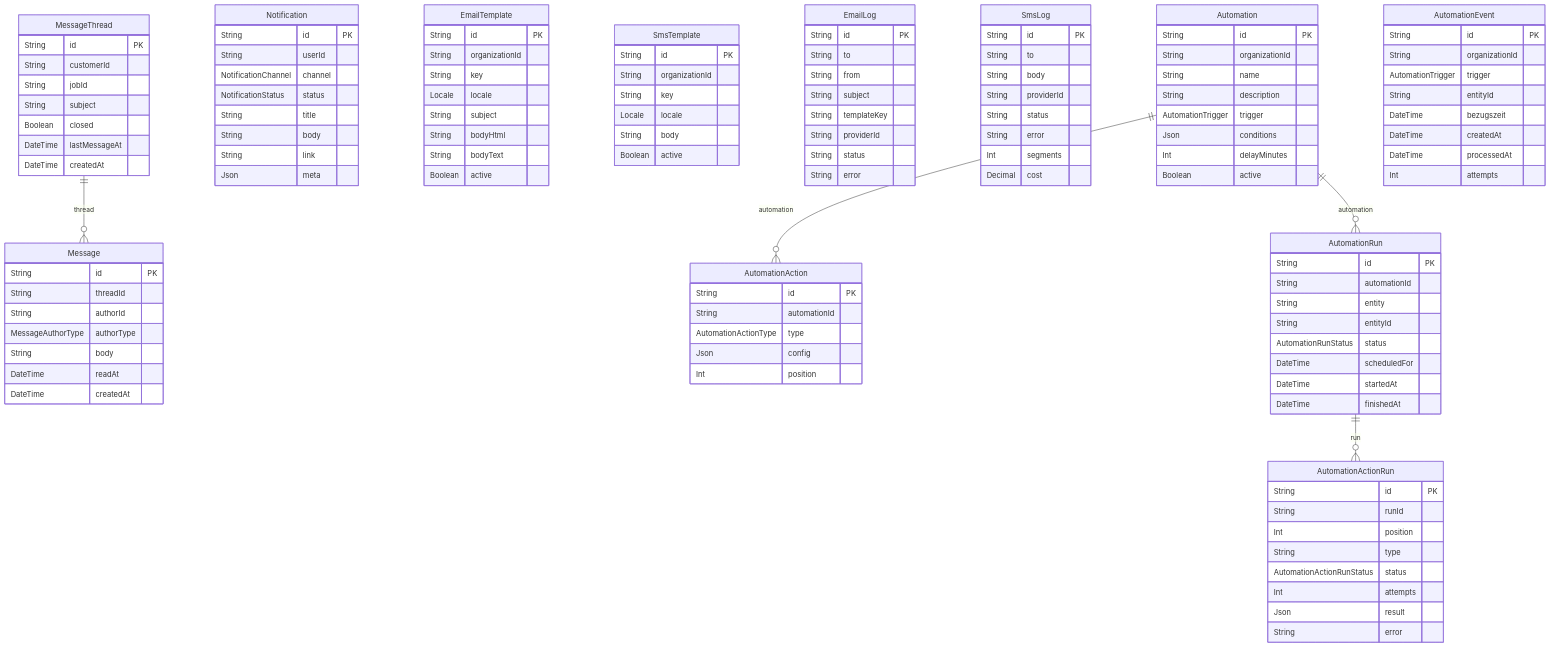
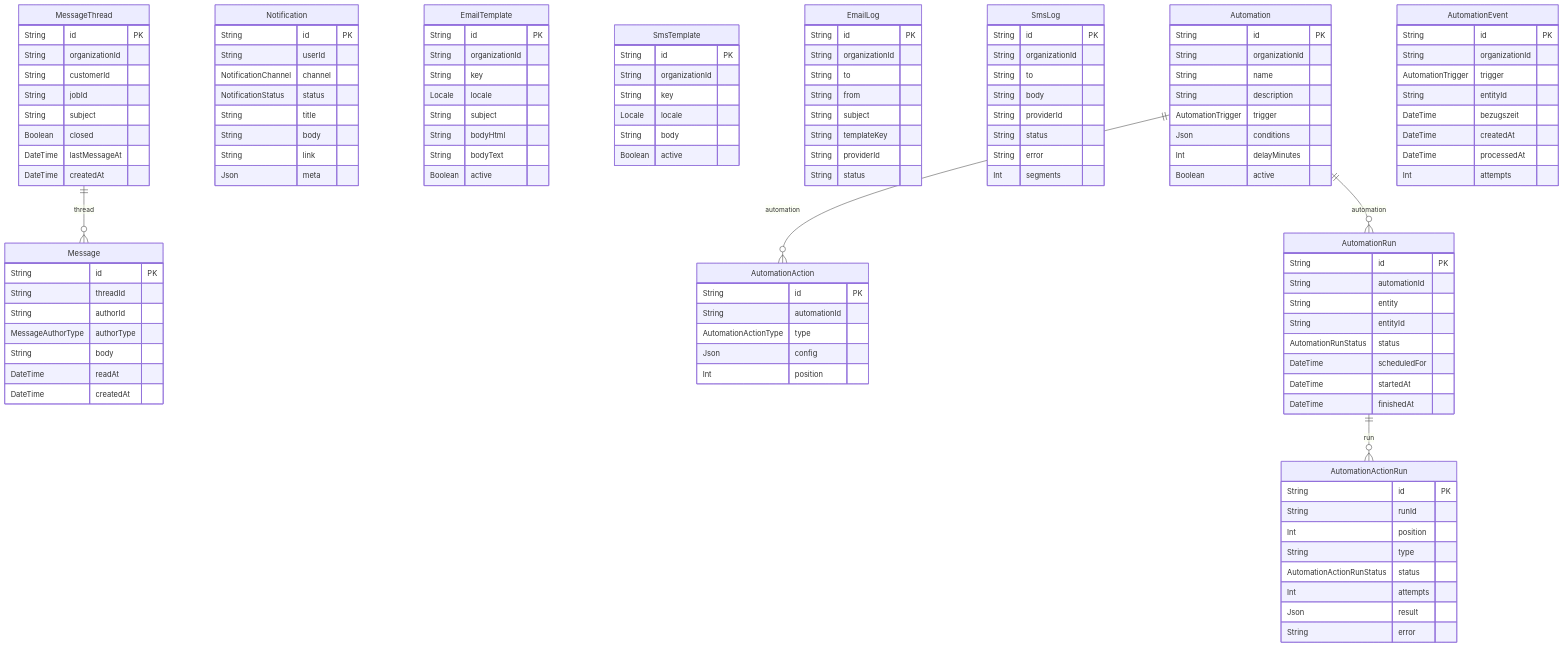
Before and after one commit to javadqasemi/Clenaris: diagram 11 of 15 in docs/DATABASE.md, drawn with Mermaid. The commit also changed other lines of this file and 21 other files, not shown here.

```diff
--- a/docs/DATABASE.md
+++ b/docs/DATABASE.md
@@ -1220,6 +1220,7 @@
 erDiagram
   MessageThread {
     String id PK
+    String organizationId
     String customerId
     String jobId
     String subject
@@ -1266,23 +1267,23 @@
   }
   EmailLog {
     String id PK
+    String organizationId
     String to
     String from
     String subject
     String templateKey
     String providerId
     String status
-    String error
   }
   SmsLog {
     String id PK
+    String organizationId
     String to
     String body
     String providerId
     String status
     String error
     Int segments
-    Decimal cost
   }
   Automation {
     String id PK
```
